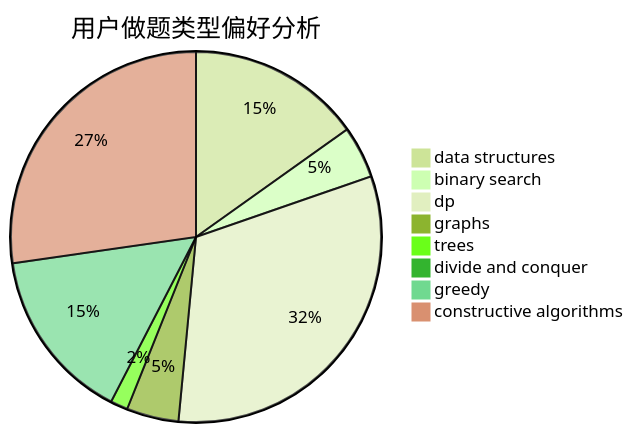
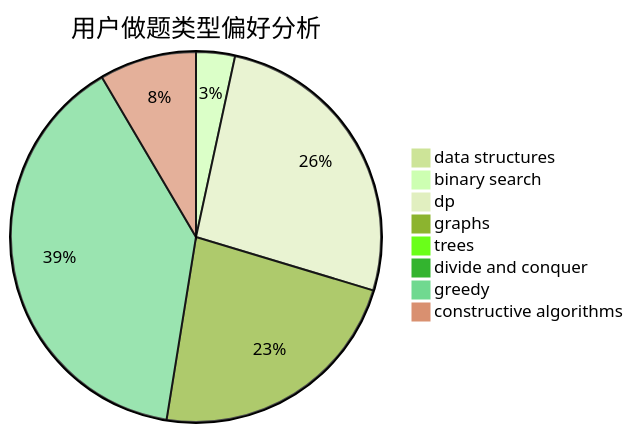
The second of 3 diagrams in docs/user/u2365.md (sherpahu/cfrs.github.io), drawn with Mermaid (forest theme) before and after one commit. The commit also changed other lines of this file and 2770 other files, not shown here.

````diff
--- a/docs/user/u2365.md
+++ b/docs/user/u2365.md
@@ -23,11 +23,11 @@
 ```mermaid
 pie title 用户做题类型偏好分析
-    "data structures" :  10
-    "binary search" :  3
-    "dp" :  21
-    "graphs" :  3
-    "trees" :  1
+    "data structures" :  0
+    "binary search" :  4
+    "dp" :  31
+    "graphs" :  27
+    "trees" :  0
     "divide and conquer" :  0
-    "greedy" :  10
-    "constructive algorithms" :  18
+    "greedy" :  46
+    "constructive algorithms" :  10
 ```
````
